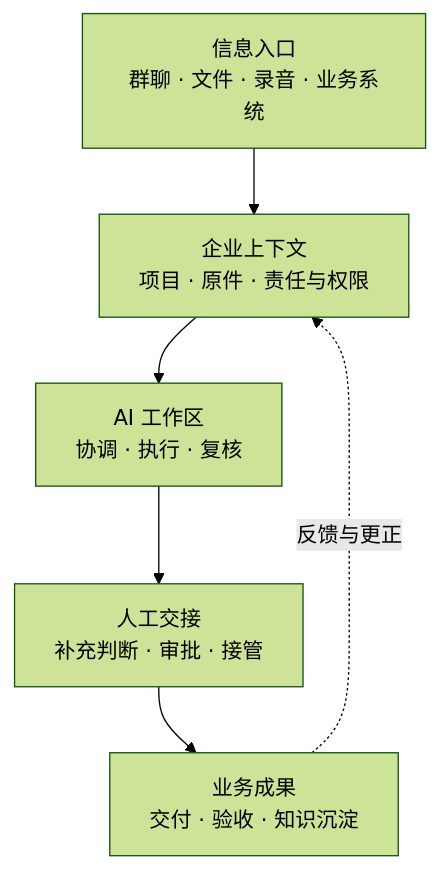
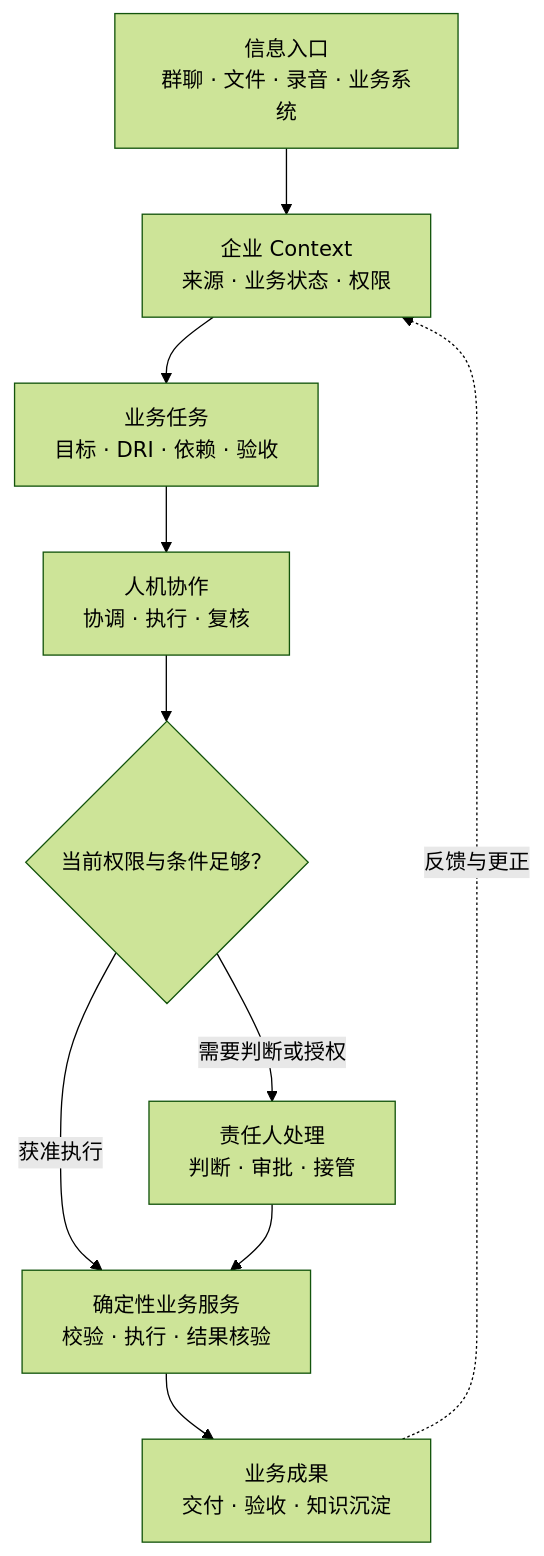
Before and after one commit to Gdnbit/enterprise-ai-native: the diagram in README.md, drawn with Mermaid (forest theme). The commit also changed other lines of this file and 7 other files, not shown here.

Commit message:
docs: establish task-centered human-agent organization as ANC long-term goal

````diff
--- a/README.md
+++ b/README.md
@@ -30,8 +32,12 @@
 ```mermaid
 flowchart TD
-    sources["信息入口<br/>群聊 · 文件 · 录音 · 业务系统"] --> context["企业上下文<br/>项目 · 原件 · 责任与权限"]
-    context --> workspace["AI 工作区<br/>协调 · 执行 · 复核"]
-    workspace --> human["人工交接<br/>补充判断 · 审批 · 接管"]
-    human --> results["业务成果<br/>交付 · 验收 · 知识沉淀"]
+    sources["信息入口<br/>群聊 · 文件 · 录音 · 业务系统"] --> context["企业 Context<br/>来源 · 业务状态 · 权限"]
+    context --> task["业务任务<br/>目标 · DRI · 依赖 · 验收"]
+    task --> workspace["人机协作<br/>协调 · 执行 · 复核"]
+    workspace --> gate{"当前权限与条件足够？"}
+    gate -->|"需要判断或授权"| human["责任人处理<br/>判断 · 审批 · 接管"]
+    gate -->|"获准执行"| verify["确定性业务服务<br/>校验 · 执行 · 结果核验"]
+    human --> verify
+    verify --> results["业务成果<br/>交付 · 验收 · 知识沉淀"]
     results -. "反馈与更正" .-> context
 ```
````
